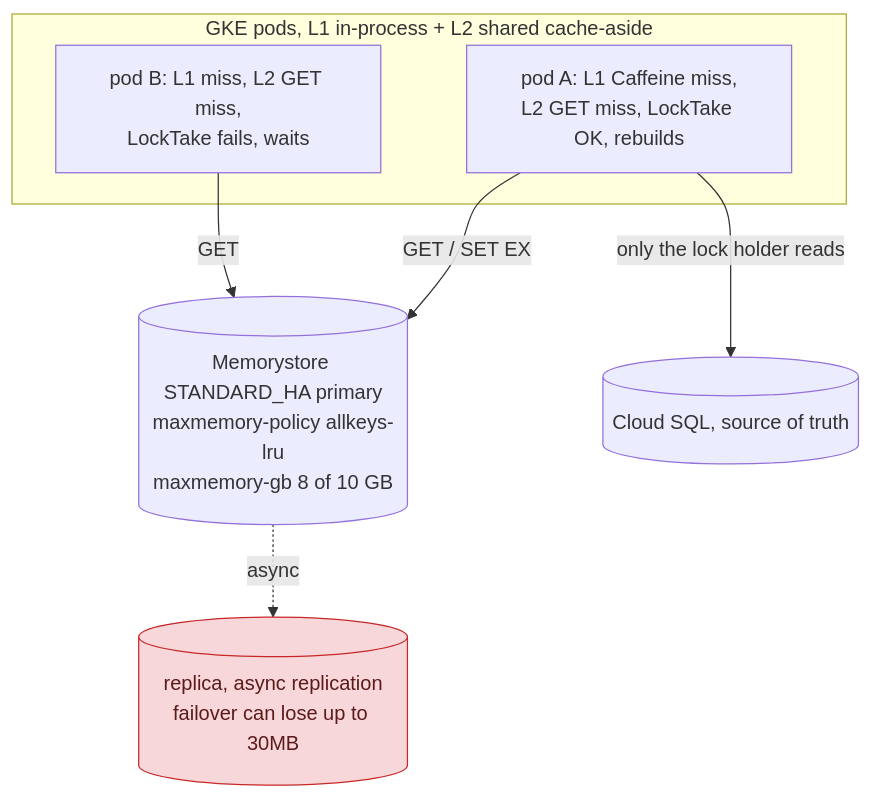
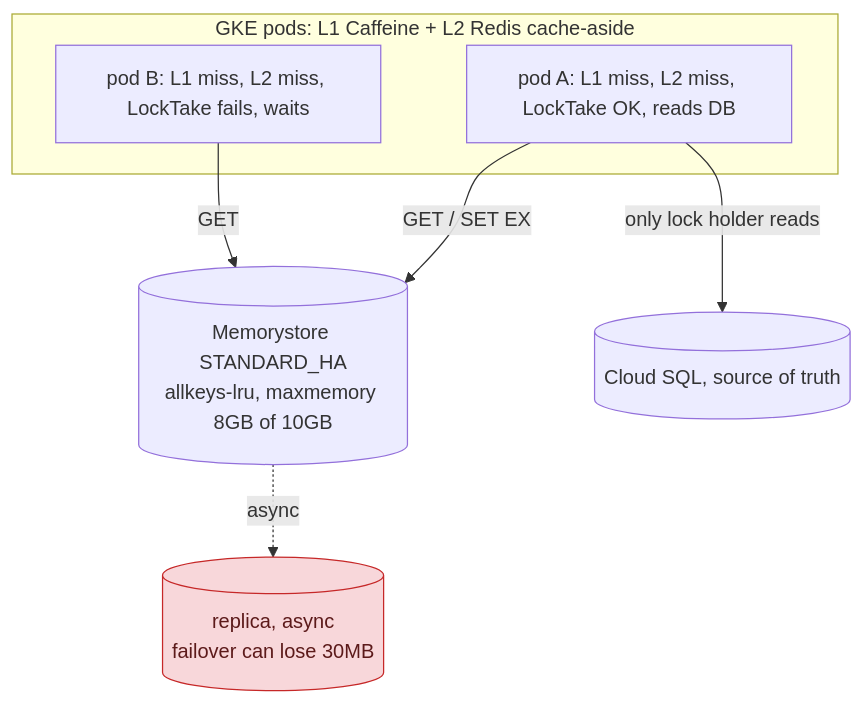
The fourth of 4 diagrams in _posts/2025-12-05-caching-strategies-ttl-and-eviction.md (mayurjp/dev-blog), drawn with Mermaid before and after one commit. The commit also changed other lines of this file and 383 other files, not shown here.

````diff
--- a/_posts/2025-12-05-caching-strategies-ttl-and-eviction.md
+++ b/_posts/2025-12-05-caching-strategies-ttl-and-eviction.md
@@ -350,18 +377,18 @@
 ```mermaid
 flowchart TD
-    subgraph APP["GKE pods, L1 in-process + L2 shared cache-aside"]
-        P1["pod A: L1 Caffeine miss,<br/>L2 GET miss, LockTake OK, rebuilds"]
-        P2["pod B: L1 miss, L2 GET miss,<br/>LockTake fails, waits"]
+    subgraph APP["GKE pods: L1 Caffeine + L2 Redis cache-aside"]
+        P1["pod A: L1 miss, L2 miss, LockTake OK, reads DB"]
+        P2["pod B: L1 miss, L2 miss, LockTake fails, waits"]
     end
-    MS[("Memorystore STANDARD_HA primary<br/>maxmemory-policy allkeys-lru<br/>maxmemory-gb 8 of 10 GB")]
-    REP[("replica, async replication<br/>failover can lose up to 30MB")]
+    MS[("Memorystore STANDARD_HA<br/>allkeys-lru, maxmemory 8GB of 10GB")]
+    REP[("replica, async<br/>failover can lose 30MB")]
     DB[("Cloud SQL, source of truth")]
 
     P1 -->|"GET / SET EX"| MS
     P2 -->|"GET"| MS
-    P1 -->|"only the lock holder reads"| DB
+    P1 -->|"only lock holder reads"| DB
     MS -.->|"async"| REP
 
     classDef risk fill:#f8d7da,stroke:#c62828,color:#5c1a1a;
     class REP risk;
 ```
````
